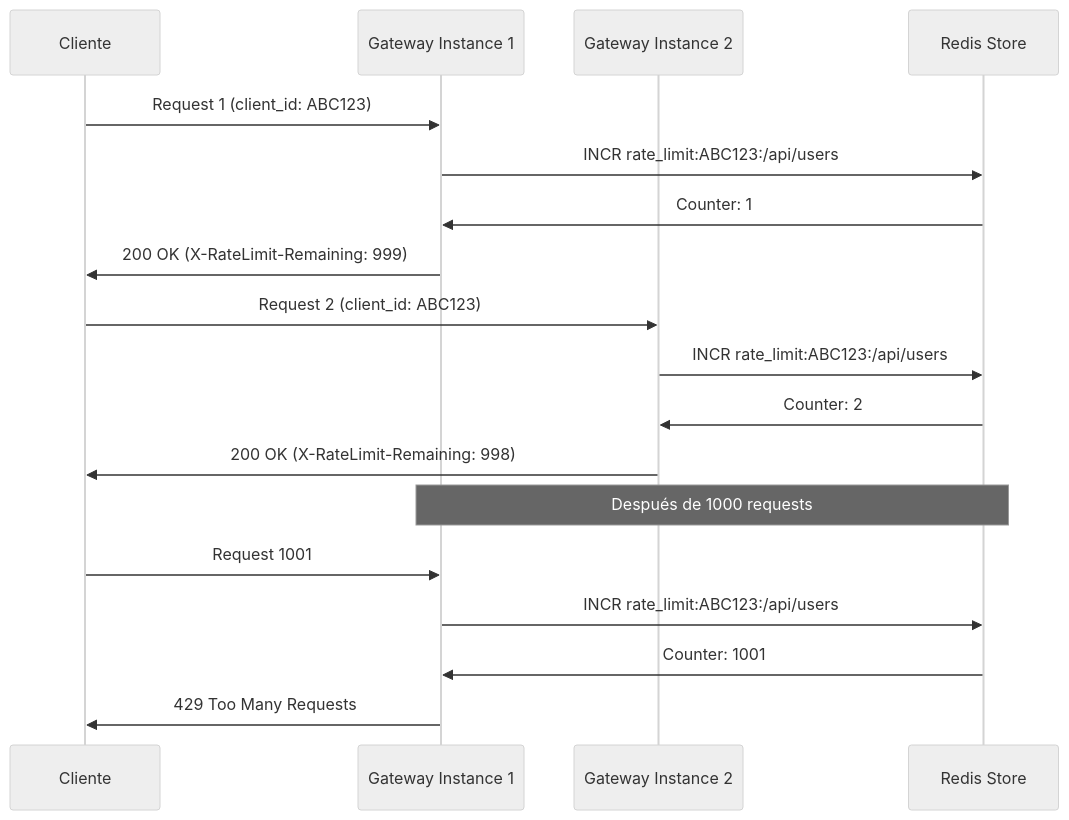
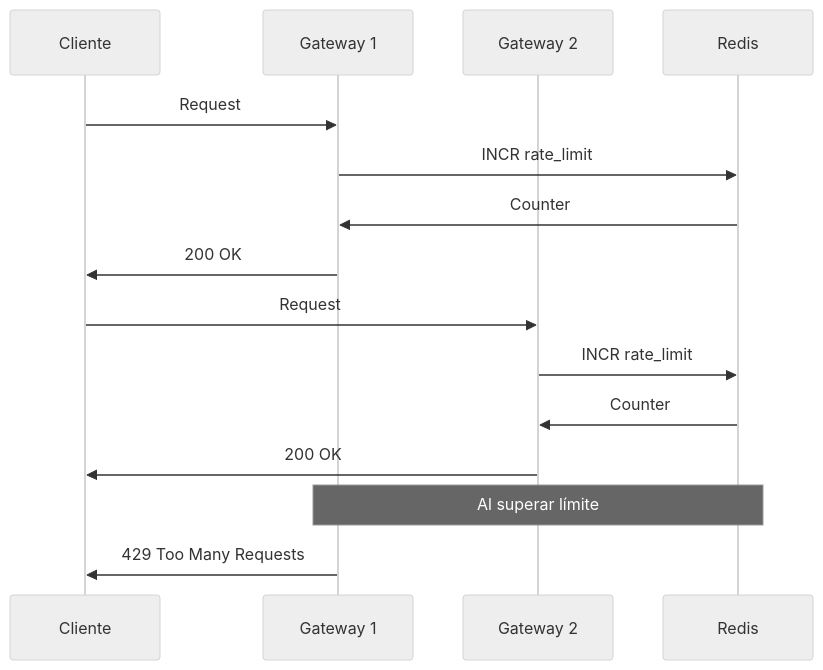
Before and after one commit to jclemente-tlm/tlm-arq-servicios-corporativos: the third of 6 diagrams in docs/api-gateway/06-vista-tiempo-ejecucion.md, drawn with Mermaid (neutral theme). The commit also changed other lines of this file and 52 other files, not shown here.

````diff
--- a/docs/api-gateway/06-vista-tiempo-ejecucion.md
+++ b/docs/api-gateway/06-vista-tiempo-ejecucion.md
@@ -119,24 +74,17 @@
 ```mermaid
 sequenceDiagram
     participant Client as Cliente
-    participant Gateway1 as Gateway Instance 1
-    participant Gateway2 as Gateway Instance 2
-    participant Redis as Redis Store
-
-    Client->>Gateway1: Request 1 (client_id: ABC123)
-    Gateway1->>Redis: INCR rate_limit:ABC123:/api/users
-    Redis->>Gateway1: Counter: 1
-    Gateway1->>Client: 200 OK (X-RateLimit-Remaining: 999)
-
-    Client->>Gateway2: Request 2 (client_id: ABC123)
-    Gateway2->>Redis: INCR rate_limit:ABC123:/api/users
-    Redis->>Gateway2: Counter: 2
-    Gateway2->>Client: 200 OK (X-RateLimit-Remaining: 998)
-
-    Note over Gateway1,Redis: Después de 1000 requests
-    Client->>Gateway1: Request 1001
-    Gateway1->>Redis: INCR rate_limit:ABC123:/api/users
-    Redis->>Gateway1: Counter: 1001
-
+    participant Gateway1 as Gateway 1
+    participant Gateway2 as Gateway 2
+    participant Redis as Redis
+    Client->>Gateway1: Request
+    Gateway1->>Redis: INCR rate_limit
+    Redis->>Gateway1: Counter
+    Gateway1->>Client: 200 OK
+    Client->>Gateway2: Request
+    Gateway2->>Redis: INCR rate_limit
+    Redis->>Gateway2: Counter
+    Gateway2->>Client: 200 OK
+    Note over Gateway1,Redis: Al superar límite
     Gateway1->>Client: 429 Too Many Requests
 ```
````
